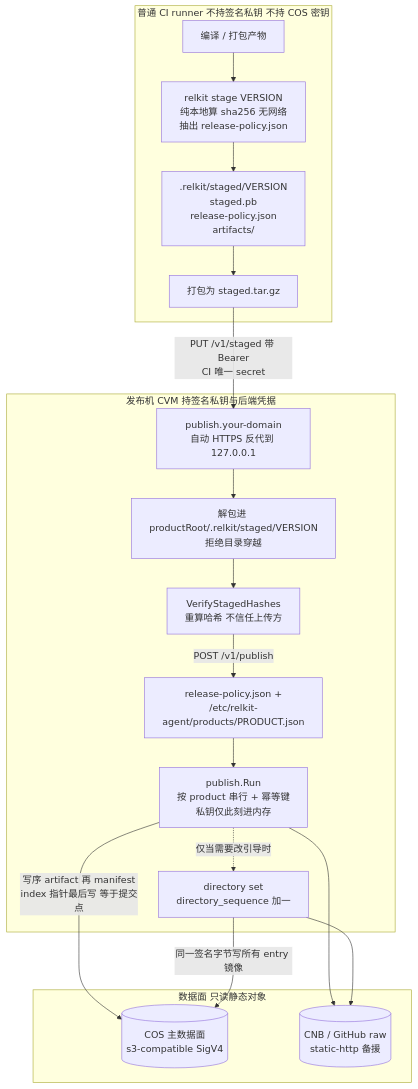
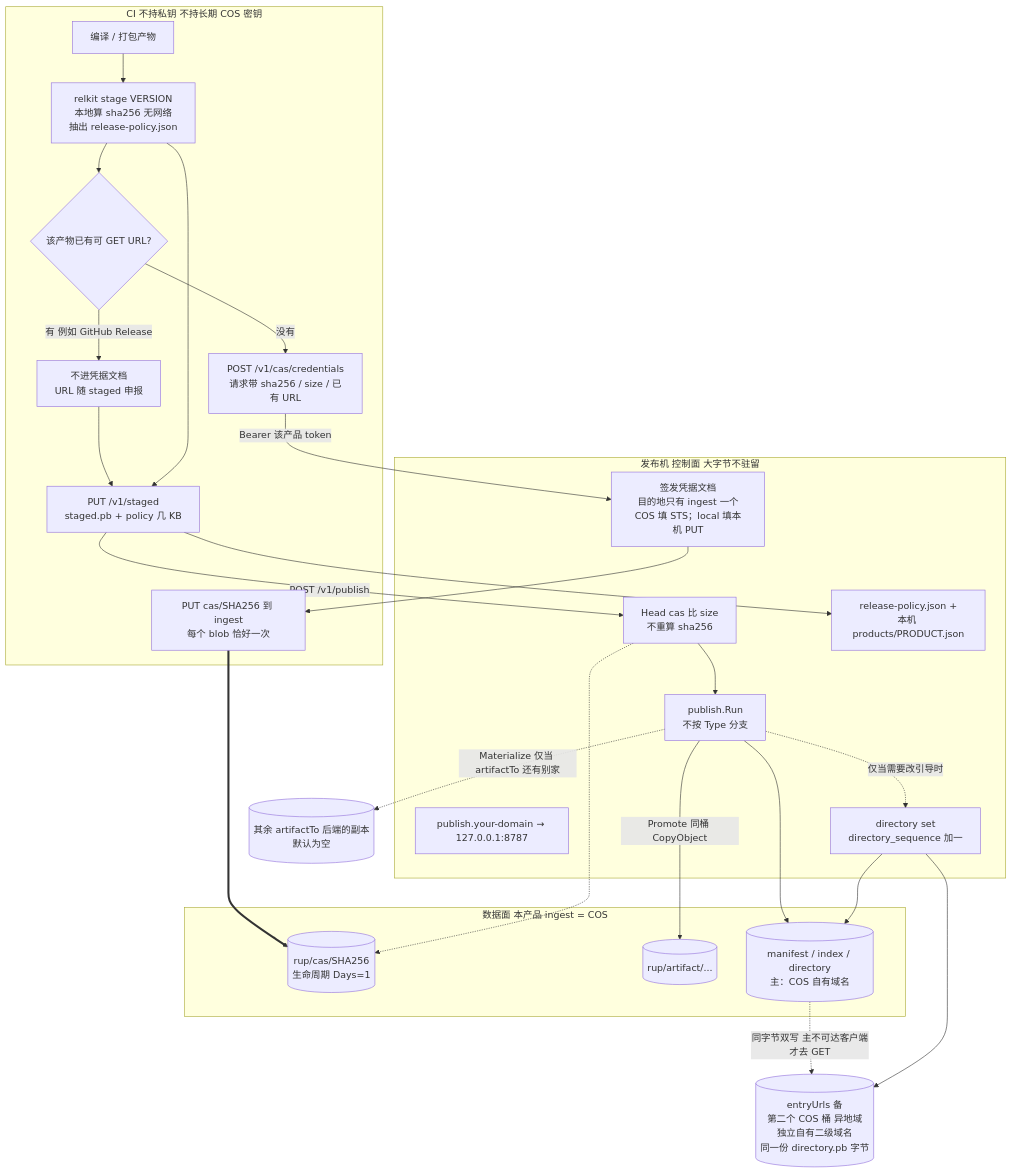
One commit to shichao402/relkit changed the first of 2 diagrams in docs/design/update-ingress-cos.md. Above: the diagram before and after it, drawn with Mermaid. The commit also changed other lines of this file and 33 other files, not shown here.

````diff
--- a/docs/design/update-ingress-cos.md
+++ b/docs/design/update-ingress-cos.md
@@ -79,33 +82,49 @@
 ```mermaid
 flowchart TB
-  subgraph ciSide [普通 CI runner 不持签名私钥 不持 COS 密钥]
+  subgraph ciSide [CI 不持私钥 不持长期 COS 密钥]
     build["编译 / 打包产物"]
-    stageStep["relkit stage VERSION<br/>纯本地算 sha256 无网络<br/>抽出 release-policy.json"]
-    stagedDir[".relkit/staged/VERSION<br/>staged.pb<br/>release-policy.json<br/>artifacts/"]
-    packStep["打包为 staged.tar.gz"]
+    stageStep["relkit stage VERSION<br/>本地算 sha256 无网络<br/>抽出 release-policy.json"]
+    hasUrl{"该产物已有可 GET URL?"}
+    declare["不进凭据文档<br/>URL 随 staged 申报"]
+    askTok["POST /v1/cas/credentials<br/>请求带 sha256 / size / 已有 URL"]
+    putCas["PUT cas/SHA256 到 ingest<br/>每个 blob 恰好一次"]
+    putMeta["PUT /v1/staged<br/>staged.pb + policy 几 KB"]
   end
 
-  subgraph agentSide [发布机 CVM 持签名私钥与后端凭据]
-    ingress["publish.your-domain<br/>自动 HTTPS 反代到 127.0.0.1"]
-    unpackStep["解包进 productRoot/.relkit/staged/VERSION<br/>拒绝目录穿越"]
-    verifyStep["VerifyStagedHashes<br/>重算哈希 不信任上传方"]
-    mergeStep["release-policy.json +<br/>/etc/relkit-agent/products/PRODUCT.json"]
-    publishStep["publish.Run<br/>按 product 串行 + 幂等键<br/>私钥仅此刻进内存"]
+  subgraph agentSide [发布机 控制面 大字节不驻留]
+    ingress["publish.your-domain → 127.0.0.1:8787"]
+    tokSvc["签发凭据文档<br/>目的地只有 ingest 一个<br/>COS 填 STS；local 填本机 PUT"]
+    headCas["Head cas 比 size<br/>不重算 sha256"]
+    mergeStep["release-policy.json +<br/>本机 products/PRODUCT.json"]
+    publishStep["publish.Run<br/>不按 Type 分支"]
     directoryStep["directory set<br/>directory_sequence 加一"]
   end
 
-  subgraph dataPlane [数据面 只读静态对象]
-    cosBucket[("COS 主数据面<br/>s3-compatible SigV4")]
-    mirrorRepo[("CNB / GitHub raw<br/>static-http 备援")]
+  subgraph dataPlane [数据面 本产品 ingest = COS]
+    casObj[("rup/cas/SHA256<br/>生命周期 Days=1")]
+    artObj[("rup/artifact/...")]
+    docs[("manifest / index / directory<br/>主：COS 自有域名")]
   end
 
-  build --> stageStep --> stagedDir --> packStep
-  packStep -->|"PUT /v1/staged 带 Bearer<br/>CI 唯一 secret"| ingress
-  ingress --> unpackStep --> verifyStep
-  verifyStep -->|"POST /v1/publish"| mergeStep --> publishStep
-  publishStep -->|"写序 artifact 再 manifest<br/>index 指针最后写 等于提交点"| cosBucket
-  publishStep --> mirrorRepo
+  artOther[("其余 artifactTo 后端的副本<br/>默认为空")]
+  mirrorDir[("entryUrls 备<br/>第二个 COS 桶 异地域<br/>独立自有二级域名<br/>同一份 directory.pb 字节")]
+
+  build --> stageStep --> hasUrl
+  hasUrl -->|"没有"| askTok
+  hasUrl -->|"有 例如 GitHub Release"| declare
+  askTok -->|"Bearer 该产品 token"| tokSvc
+  tokSvc --> putCas
+  putCas ==> casObj
+  declare --> putMeta
+  stageStep --> putMeta --> mergeStep
+  putMeta -->|"POST /v1/publish"| headCas
+  headCas -.-> casObj
+  headCas --> publishStep
+  publishStep -->|"Promote 同桶 CopyObject"| artObj
+  publishStep -.->|"Materialize 仅当 artifactTo 还有别家"| artOther
+  publishStep --> docs
   publishStep -.->|"仅当需要改引导时"| directoryStep
-  directoryStep -->|"同一签名字节写所有 entry 镜像"| cosBucket
-  directoryStep --> mirrorRepo
+  directoryStep --> docs
+  docs -.->|"同字节双写 主不可达客户端才去 GET"| mirrorDir
+  directoryStep --> mirrorDir
 ```
````
